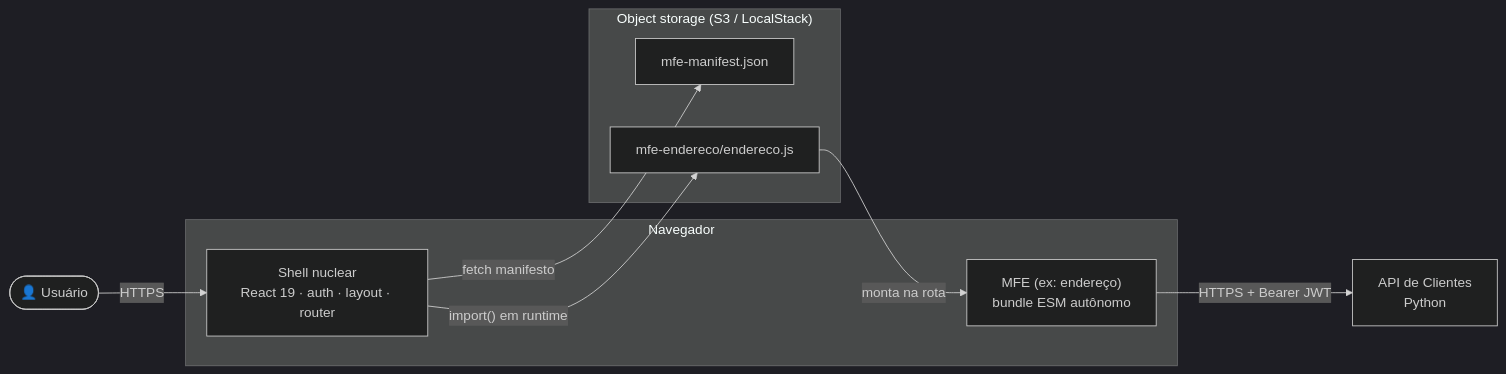
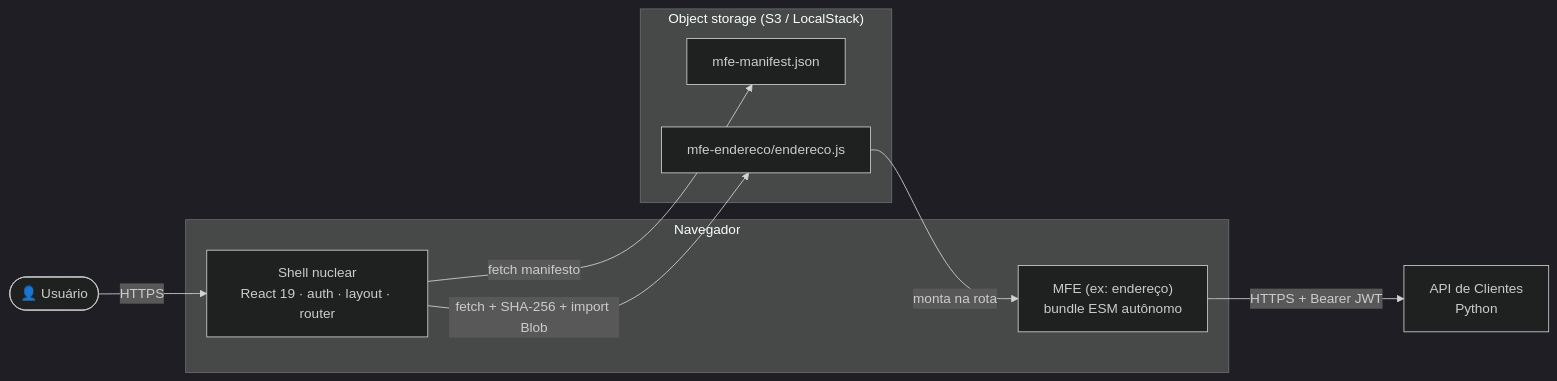
Before and after one commit to arkhibr/frontend-react: the diagram in docs/architecture/adrs/ADR-008-microfrontends-dinamicos.md, drawn with Mermaid. The commit also changed other lines of this file and 84 other files, not shown here.

````diff
--- a/docs/architecture/adrs/ADR-008-microfrontends-dinamicos.md
+++ b/docs/architecture/adrs/ADR-008-microfrontends-dinamicos.md
@@ -76,23 +76,23 @@
 ```mermaid
 %%{init: {'theme': 'dark'}}%%
 graph LR
     user(["👤 Usuário"])
 
     subgraph browser["Navegador"]
         shell["Shell nuclear\nReact 19 · auth · layout · router"]
         mfe["MFE (ex: endereço)\nbundle ESM autônomo"]
     end
 
     subgraph s3["Object storage (S3 / LocalStack)"]
         manifest["mfe-manifest.json"]
         bundle["mfe-endereco/endereco.js"]
     end
 
     api["API de Clientes\nPython"]
 
     user -->|"HTTPS"| shell
     shell -->|"fetch manifesto"| manifest
-    shell -->|"import() em runtime"| bundle
+    shell -->|"fetch + SHA-256 + import Blob"| bundle
     bundle -->|"monta na rota"| mfe
     mfe -->|"HTTPS + Bearer JWT"| api
 ```
````
